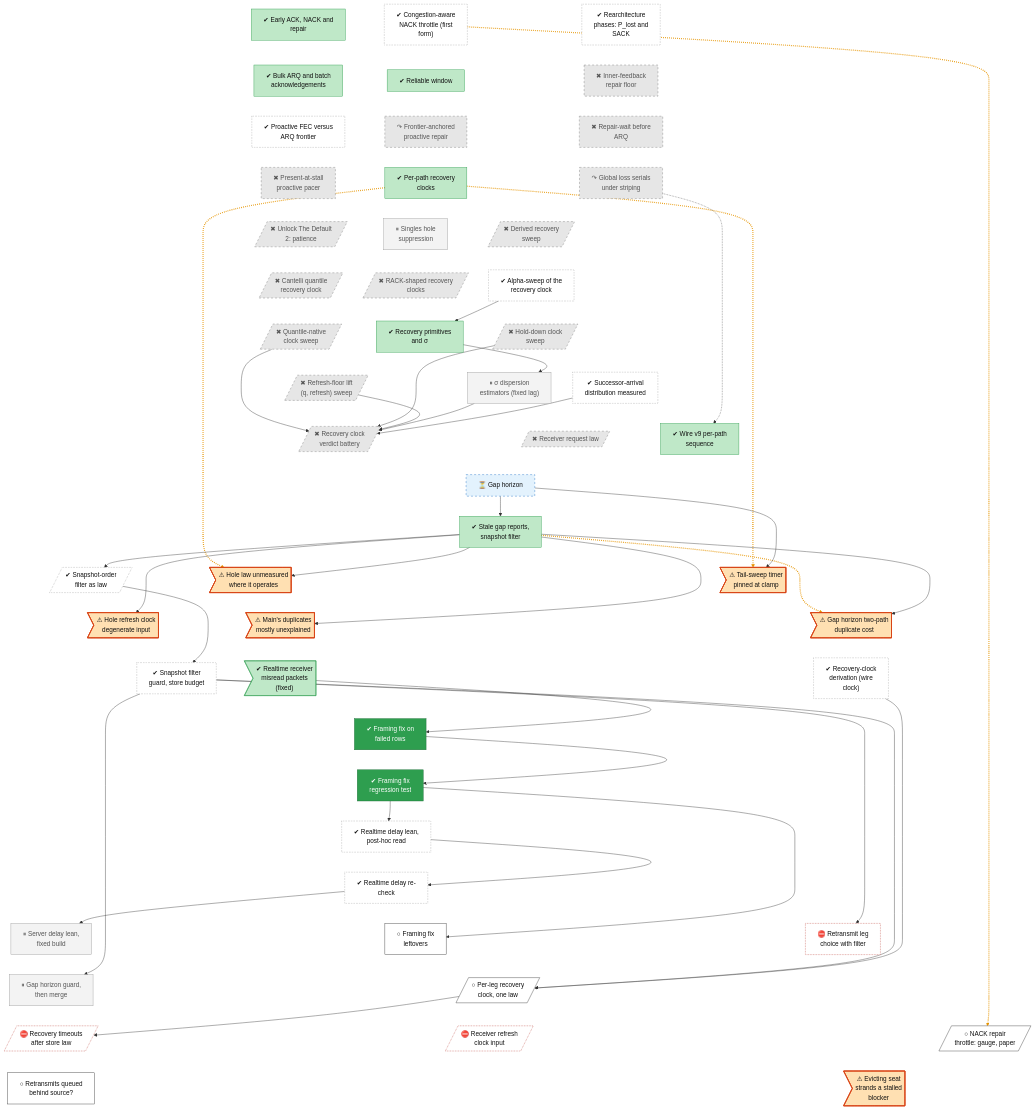
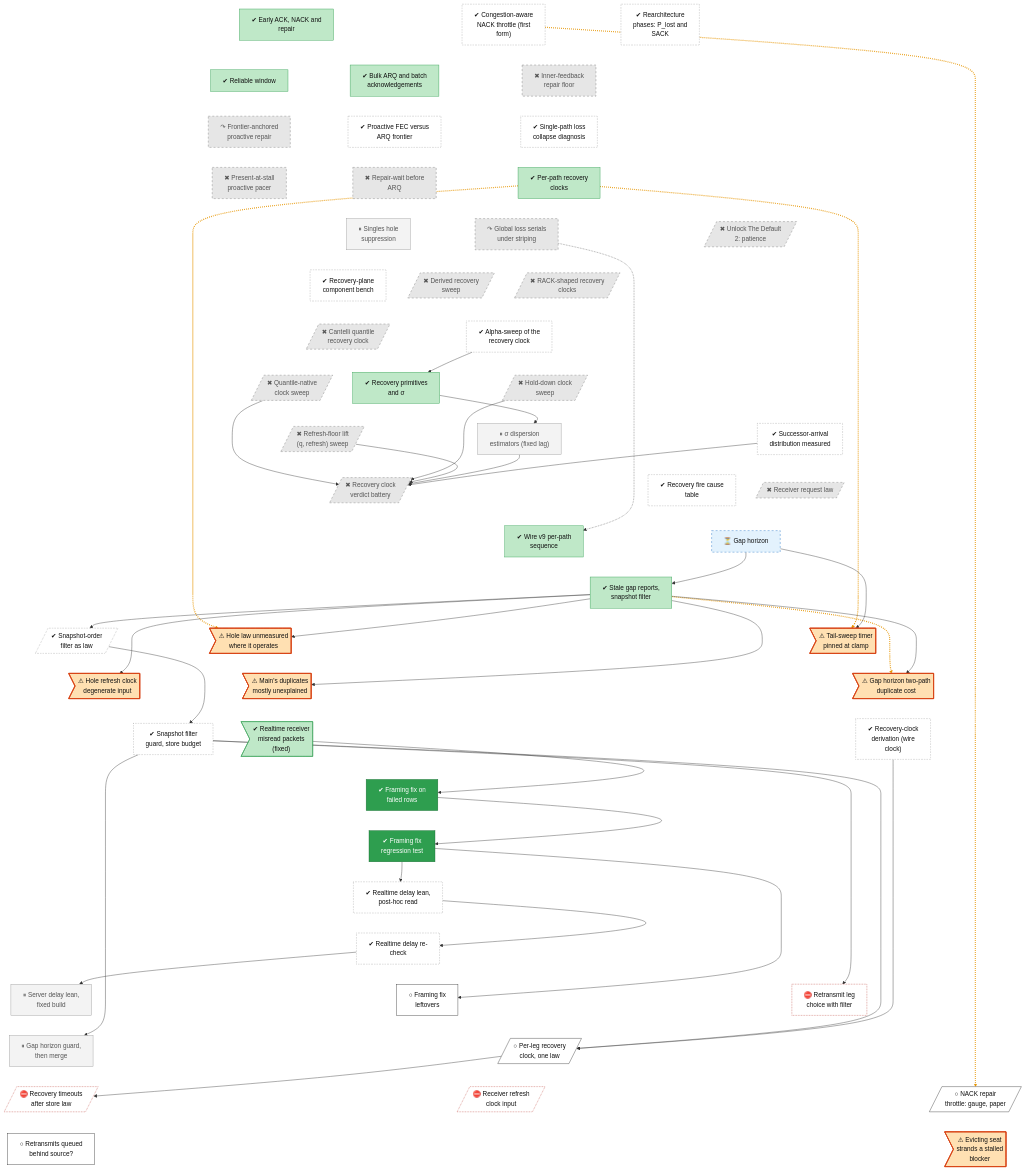
One commit to lhns/raptorpath changed the diagram in docs/roadmap/tracks/rec.md. Above: the diagram before and after it, drawn with Mermaid. The commit also changed other lines of this file and 11 other files, not shown here.

First line of the commit message:
roadmap: backfill pre-November history from the gap scan

```diff
--- a/docs/roadmap/tracks/rec.md
+++ b/docs/roadmap/tracks/rec.md
@@ -17,12 +17,14 @@
     rec_p10a_repair_floor["✖ Inner-feedback<br/>repair floor"]
     rec_fec_vs_arq["✔ Proactive FEC versus<br/>ARQ frontier"]
     rec_inline_repair["↷ Frontier-anchored<br/>proactive repair"]
+    rec_c2_collapse_diag["✔ Single-path loss<br/>collapse diagnosis"]
     rec_proactive_repair["✖ Repair-wait before<br/>ARQ"]
     rec_present_at_stall["✖ Present-at-stall<br/>proactive pacer"]
     rec_per_path_clocks["✔ Per-path recovery<br/>clocks"]
     rec_mp_serial["↷ Global loss serials<br/>under striping"]
     rec_recov_sp["⏸ Singles hole<br/>suppression"]
     rec_patience_derived[/"✖ Unlock The Default<br/>2: patience"/]
+    rec_recovery_bench["✔ Recovery-plane<br/>component bench"]
     rec_clock_candidates[/"✖ Derived recovery<br/>sweep"/]
     rec_rack_clocks[/"✖ RACK-shaped recovery<br/>clocks"/]
     rec_cantelli_clock[/"✖ Cantelli quantile<br/>recovery clock"/]
@@ -34,6 +36,7 @@
     rec_dispersion_est["⏸ σ dispersion<br/>estimators (fixed lag)"]
     rec_successor_arrival["✔ Successor-arrival<br/>distribution measured"]
     rec_goal101[/"✖ Recovery clock<br/>verdict battery"/]
+    rec_fire_cause["✔ Recovery fire cause<br/>table"]
     rec_receiver_law[/"✖ Receiver request law"/]
     rec_wire_v9["✔ Wire v9 per-path<br/>sequence"]
     rec_gap_horizon["⏳ Gap horizon"]
@@ -66,28 +69,32 @@
     rec_plost_sack ~~~ rec_p10a_repair_floor
     rec_bulk_arq ~~~ rec_fec_vs_arq
     rec_reliable_window ~~~ rec_inline_repair
-    rec_p10a_repair_floor ~~~ rec_proactive_repair
-    rec_fec_vs_arq ~~~ rec_present_at_stall
-    rec_inline_repair ~~~ rec_per_path_clocks
+    rec_p10a_repair_floor ~~~ rec_c2_collapse_diag
+    rec_fec_vs_arq ~~~ rec_proactive_repair
+    rec_inline_repair ~~~ rec_present_at_stall
+    rec_c2_collapse_diag ~~~ rec_per_path_clocks
     rec_proactive_repair ~~~ rec_mp_serial
     rec_present_at_stall ~~~ rec_recov_sp
     rec_per_path_clocks ~~~ rec_patience_derived
-    rec_mp_serial ~~~ rec_clock_candidates
-    rec_recov_sp ~~~ rec_rack_clocks
-    rec_patience_derived ~~~ rec_cantelli_clock
+    rec_mp_serial ~~~ rec_recovery_bench
+    rec_recov_sp ~~~ rec_clock_candidates
+    rec_patience_derived ~~~ rec_rack_clocks
+    rec_recovery_bench ~~~ rec_cantelli_clock
     rec_clock_candidates ~~~ rec_alpha_sweep
-    rec_rack_clocks ~~~ rec_goal100
-    rec_cantelli_clock ~~~ rec_qnative_clock
+    rec_rack_clocks ~~~ rec_alpha_sweep
+    rec_cantelli_clock ~~~ rec_goal100
+    rec_alpha_sweep ~~~ rec_qnative_clock
     rec_alpha_sweep ~~~ rec_holddown_clock
     rec_goal100 ~~~ rec_refresh_floor
     rec_qnative_clock ~~~ rec_dispersion_est
     rec_holddown_clock ~~~ rec_successor_arrival
     rec_refresh_floor ~~~ rec_goal101
-    rec_dispersion_est ~~~ rec_receiver_law
-    rec_successor_arrival ~~~ rec_wire_v9
-    rec_goal101 ~~~ rec_gap_horizon
+    rec_dispersion_est ~~~ rec_fire_cause
+    rec_successor_arrival ~~~ rec_receiver_law
+    rec_goal101 ~~~ rec_wire_v9
+    rec_fire_cause ~~~ rec_gap_horizon
     rec_receiver_law ~~~ rec_gap_horizon
-    rec_wire_v9 ~~~ rec_gap_horizon
+    rec_wire_v9 ~~~ rec_snapver_filter
     rec_gap_horizon ~~~ rec_snapver_filter
     rec_snapver_filter ~~~ rec_snapver_law
     rec_snapver_filter ~~~ rec_defect_qclk_clamp
@@ -147,7 +154,7 @@
     rec_s54_session --> rec_fix_perleg_clock_n1
     rec_wire_clock_derivation --> rec_fix_perleg_clock_n1
     rec_fix_perleg_clock_n1 --> rec_recovery_timeouts
-    linkStyle 55,56,57,67 stroke:#e69500,stroke-width:3px,stroke-dasharray:2 3
+    linkStyle 59,60,61,71 stroke:#e69500,stroke-width:3px,stroke-dasharray:2 3
     classDef vsucc fill:#2e9e4f,stroke:#1b6b34,color:#fff
     classDef succ fill:#bfe8c8,stroke:#2e9e4f,color:#111
     classDef mixed fill:#ffd37a,stroke:#c98a00,color:#111
@@ -162,7 +169,7 @@
     classDef defect fill:#ffe0b2,stroke:#d84315,stroke-width:2px,color:#111
     classDef waiting fill:#e3f2fd,stroke:#1f6fc5,stroke-dasharray:5 5,color:#111
     class rec_early_arq,rec_bulk_arq,rec_reliable_window,rec_per_path_clocks,rec_goal100,rec_wire_v9,rec_snapver_filter,rec_defect_realtime_framing succ
-    class rec_nack_congestion,rec_plost_sack,rec_fec_vs_arq,rec_alpha_sweep,rec_successor_arrival,rec_snapver_law,rec_s54_session,rec_wire_clock_derivation,rec_s64_delay_lean,rec_realtime_delay_recheck unrated
+    class rec_nack_congestion,rec_plost_sack,rec_fec_vs_arq,rec_c2_collapse_diag,rec_recovery_bench,rec_alpha_sweep,rec_successor_arrival,rec_fire_cause,rec_snapver_law,rec_s54_session,rec_wire_clock_derivation,rec_s64_delay_lean,rec_realtime_delay_recheck unrated
     class rec_p10a_repair_floor,rec_inline_repair,rec_proactive_repair,rec_present_at_stall,rec_mp_serial,rec_patience_derived,rec_clock_candidates,rec_rack_clocks,rec_cantelli_clock,rec_qnative_clock,rec_holddown_clock,rec_refresh_floor,rec_goal101,rec_receiver_law dead
     class rec_recov_sp,rec_dispersion_est,rec_realtime_srv_lag_lean,rec_leverb_guard parked
     class rec_gap_horizon waiting
```
